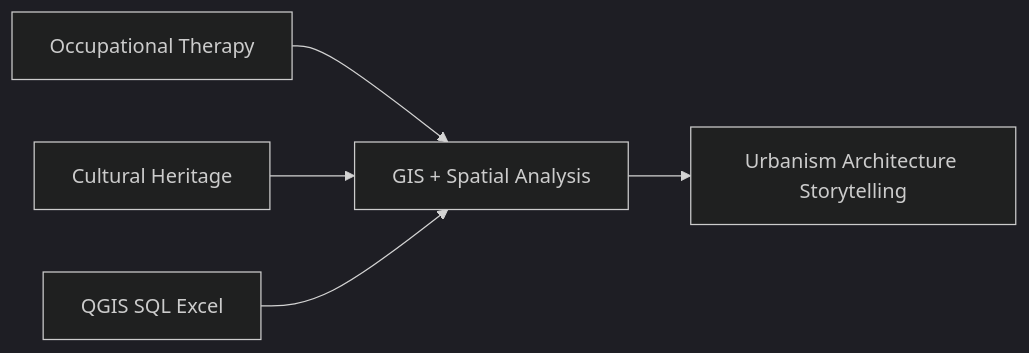
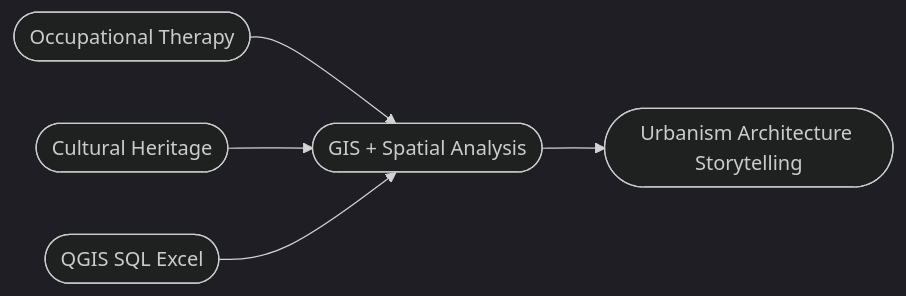
One commit to cheyannerichardson/cheyannerichardson changed the diagram in README.md. Above: the diagram before and after it, drawn with Mermaid (dark theme).

Commit message:
Update README.md
mermaid to pills

````diff
--- a/README.md
+++ b/README.md
@@ -13,7 +13,7 @@
 ```mermaid
 graph LR
-  A[Occupational Therapy] --> B[GIS + Spatial Analysis]
-  C[Cultural Heritage] --> B
-  D[QGIS SQL Excel] --> B
-  B --> E[Urbanism Architecture Storytelling]
+  A([Occupational Therapy]) --> B([GIS + Spatial Analysis])
+  C([Cultural Heritage]) --> B
+  D([QGIS SQL Excel]) --> B
+  B --> E([Urbanism Architecture Storytelling])
 ```
````
